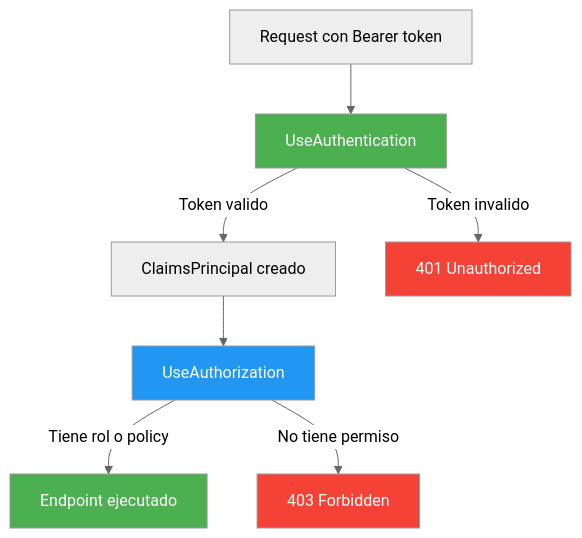
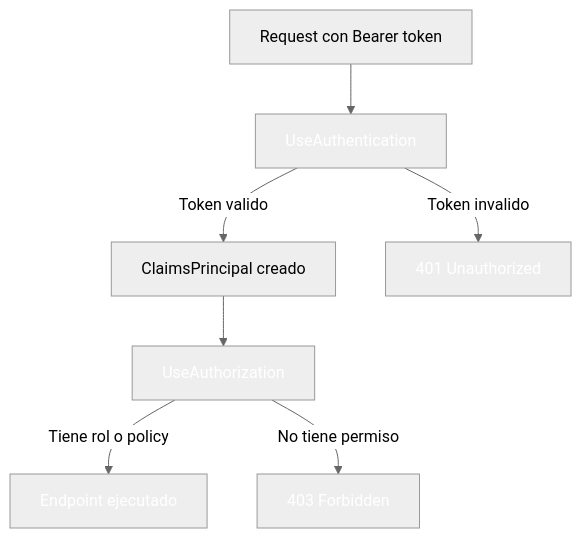
One commit to joseluisgs/DesarrolloWebEntornosServidor-02-2026-2027 changed diagram 11 of 14 in 17-autorizacion.md. Above: the diagram before and after it, drawn with Mermaid (neutral theme). The commit also changed other lines of this file and 41 other files, not shown here.

````diff
--- a/17-autorizacion.md
+++ b/17-autorizacion.md
@@ -531,15 +531,15 @@
 ```mermaid
 flowchart TD
     REQ[Request con Bearer token] --> AUTH[UseAuthentication]
     AUTH -->|Token valido| CP[ClaimsPrincipal creado]
     AUTH -->|Token invalido| R401[401 Unauthorized]
     CP --> AUTHZ[UseAuthorization]
     AUTHZ -->|Tiene rol o policy| OK[Endpoint ejecutado]
     AUTHZ -->|No tiene permiso| R403[403 Forbidden]
 
-    style AUTH fill:#4CAF50,color:#fff
-    style AUTHZ fill:#2196F3,color:#fff
-    style R401 fill:#f44336,color:#fff
-    style R403 fill:#f44336,color:#fff
-    style OK fill:#4CAF50,color:#fff
+    style AUTH fill:#4CAF5,color:#fff0,color:#fff
+    style AUTHZ fill:#2196F,color:#fff3,color:#fff
+    style R401 fill:#f4433,color:#fff6,color:#fff
+    style R403 fill:#f4433,color:#fff6,color:#fff
+    style OK fill:#4CAF5,color:#fff0,color:#fff
 ```
````
